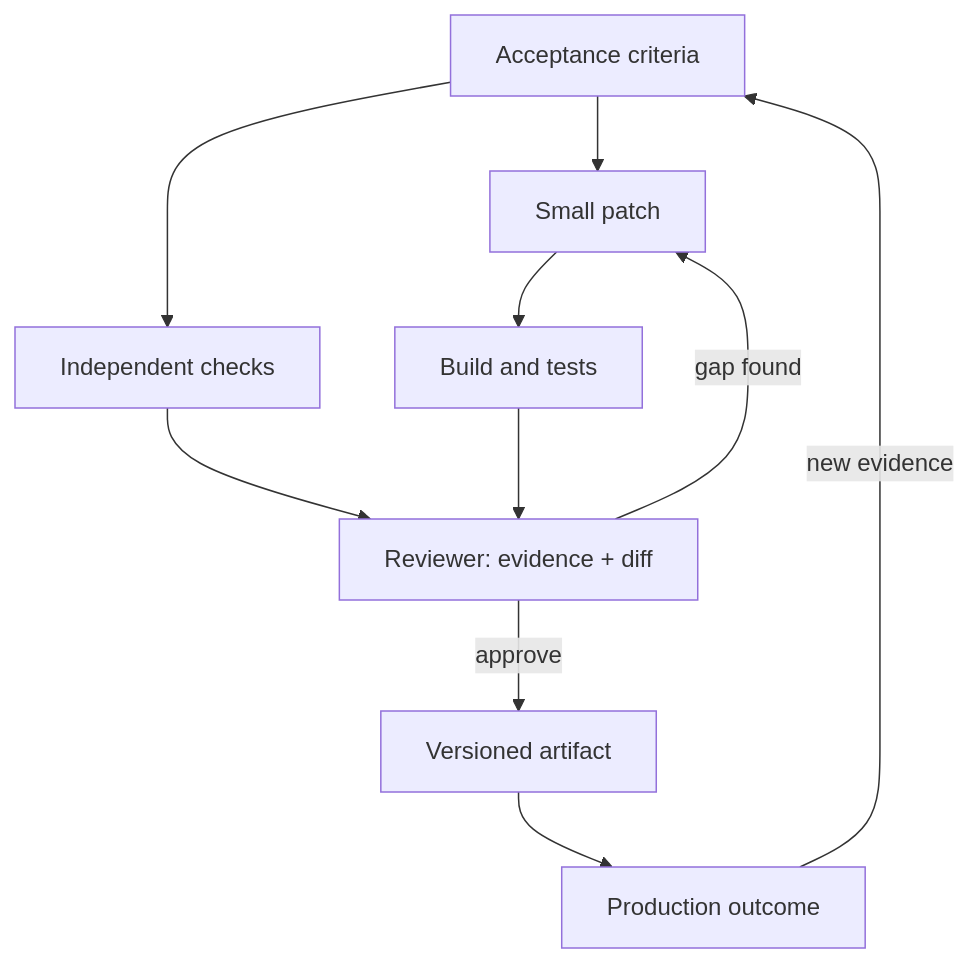
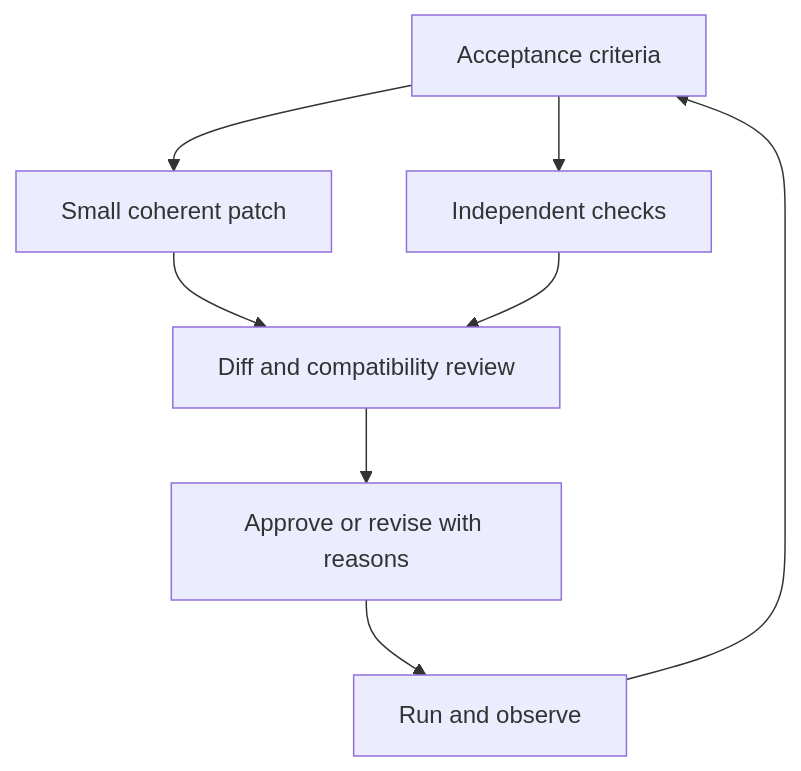
Before and after one commit to Soulful-Iris/junior-to-staff: the third of 3 diagrams in curriculum/01-code/01-problem-solving/change-loop.md, drawn with Mermaid. The commit also changed other lines of this file and 1 other file, not shown here.

First line of the commit message:
docs(chapter-01): teach evidence-based review without false absolutes

````diff
--- a/curriculum/01-code/01-problem-solving/change-loop.md
+++ b/curriculum/01-code/01-problem-solving/change-loop.md
@@ -324,12 +121,10 @@
 ```mermaid
 flowchart TD
-  Intent["Acceptance criteria"] --> Patch["Small patch"]
-  Intent --> Check["Independent checks"]
-  Patch --> CI["Build and tests"]
-  Check --> Review["Reviewer: evidence + diff"]
-  CI --> Review
-  Review -->|"approve"| Release["Versioned artifact"]
-  Review -->|"gap found"| Patch
-  Release --> Observe["Production outcome"]
-  Observe -->|"new evidence"| Intent
+  Intent[Acceptance criteria] --> Patch[Small coherent patch]
+  Intent --> Check[Independent checks]
+  Patch --> Review[Diff and compatibility review]
+  Check --> Review
+  Review --> Decision[Approve or revise with reasons]
+  Decision --> Run[Run and observe]
+  Run --> Intent
 ```
````
